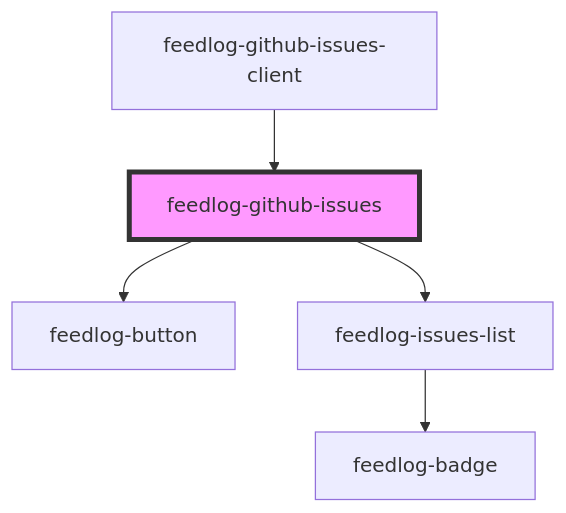
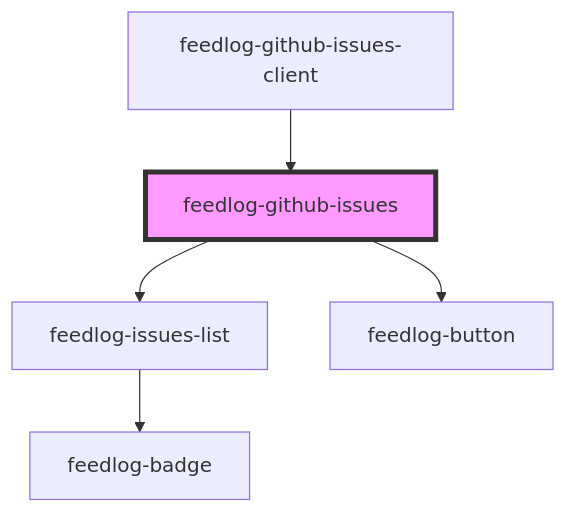
The diagram in packages/webcomponents/src/components/feedlog-github-issues/readme.md (FeedlogAI/feedlog-toolkit), drawn with Mermaid before and after one commit. The commit also changed other lines of this file and 6 other files, not shown here.

First line of the commit message:
Enhance Feedlog GitHub Issues components with custom heading and subtitle properties

````diff
--- a/packages/webcomponents/src/components/feedlog-github-issues/readme.md
+++ b/packages/webcomponents/src/components/feedlog-github-issues/readme.md
@@ -48,8 +48,8 @@
 ```mermaid
 graph TD;
+  feedlog-github-issues --> feedlog-issues-list
   feedlog-github-issues --> feedlog-button
-  feedlog-github-issues --> feedlog-issues-list
   feedlog-issues-list --> feedlog-badge
   feedlog-github-issues-client --> feedlog-github-issues
   style feedlog-github-issues fill:#f9f,stroke:#333,stroke-width:4px
 ```
````
